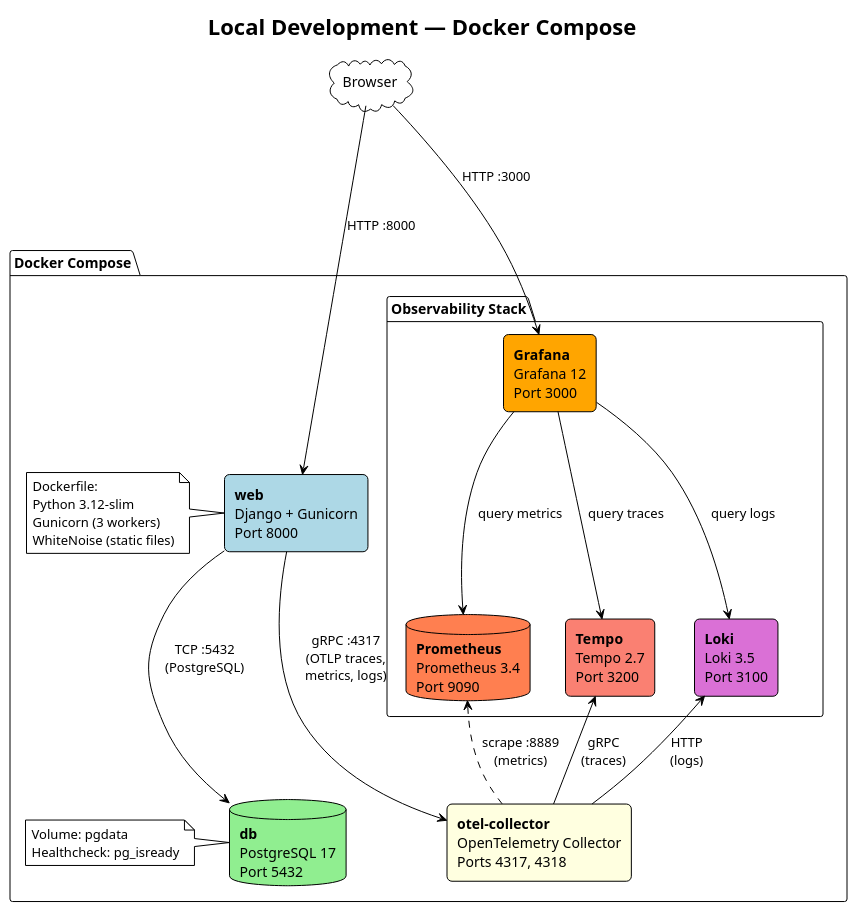
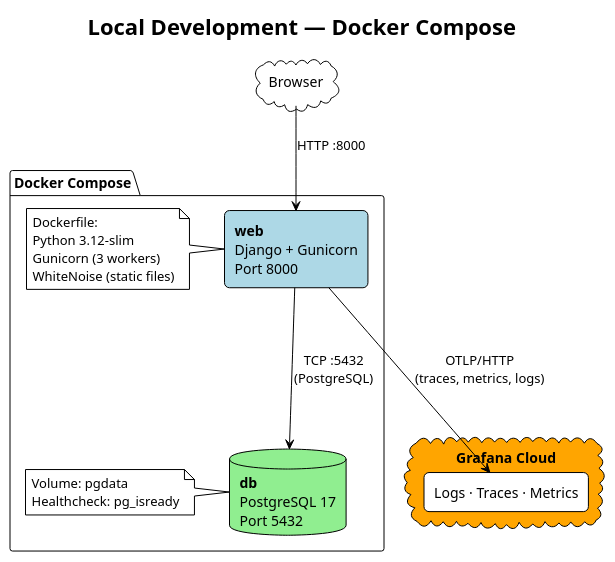
One commit to jcaraya93/ProjectFinance changed the diagram in docs/infrastructure/deploy-local/local-docker-compose.puml. Above: the diagram before and after it, drawn with PlantUML. The commit also changed 1 other file, not shown here.

Commit message:
Add local deployment docs and update architecture diagram
- Add docs/infrastructure/deploy-local/README.md with quick start,
  env var reference, common tasks, and troubleshooting
- Update PlantUML diagram to reflect simplified stack
  (web + db, telemetry to Grafana Cloud)

```diff
--- a/docs/infrastructure/deploy-local/local-docker-compose.puml
+++ b/docs/infrastructure/deploy-local/local-docker-compose.puml
@@ -1,54 +1,38 @@
 @startuml local-docker-compose
 !theme plain
 title Local Development — Docker Compose
 
 skinparam rectangle {
   RoundCorner 10
 }
 
 cloud "Browser" as browser
+
+cloud "Grafana Cloud" as grafana #Orange {
+  rectangle "Logs · Traces · Metrics" as telemetry
+}
 
 package "Docker Compose" {
   rectangle "**web**\nDjango + Gunicorn\nPort 8000" as web #LightBlue
 
   note left of web
     Dockerfile:
     Python 3.12-slim
     Gunicorn (3 workers)
     WhiteNoise (static files)
   end note
 
   database "**db**\nPostgreSQL 17\nPort 5432" as db #LightGreen
   
   note left of db
     Volume: pgdata
     Healthcheck: pg_isready
   end note
-
-  rectangle "**otel-collector**\nOpenTelemetry Collector\nPorts 4317, 4318" as otel #LightYellow
-
-  package "Observability Stack" {
-    rectangle "**Grafana**\nGrafana 12\nPort 3000" as grafana #Orange
-    rectangle "**Loki**\nLoki 3.5\nPort 3100" as loki #Orchid
-    rectangle "**Tempo**\nTempo 2.7\nPort 3200" as tempo #Salmon
-    database "**Prometheus**\nPrometheus 3.4\nPort 9090" as prometheus #Coral
-  }
 }
 
 browser --> web : "HTTP :8000"
-browser ---> grafana : "HTTP :3000"
 
 web ---> db : "TCP :5432\n(PostgreSQL)"
-web ---> otel : "gRPC :4317\n(OTLP traces,\nmetrics, logs)"
-
-otel -up-> loki : "HTTP\n(logs)"
-otel -up-> tempo : "gRPC\n(traces)"
-otel .up.> prometheus : "scrape :8889\n(metrics)"
-
-grafana ---> loki : "query logs"
-grafana ---> tempo : "query traces"
-grafana ---> prometheus : "query metrics"
-
-
+web ---> telemetry : "OTLP/HTTP\n(traces, metrics, logs)"
 
 @enduml
```
